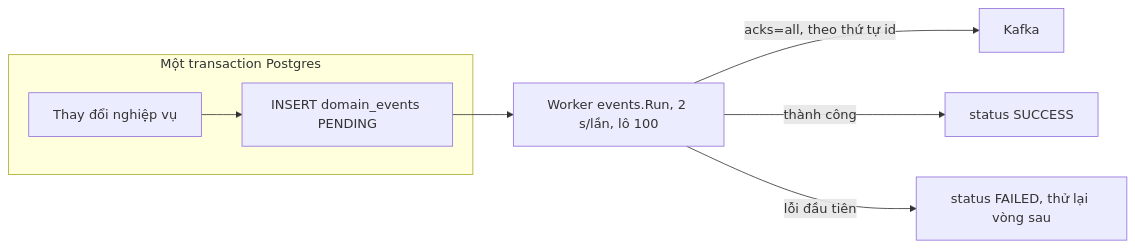
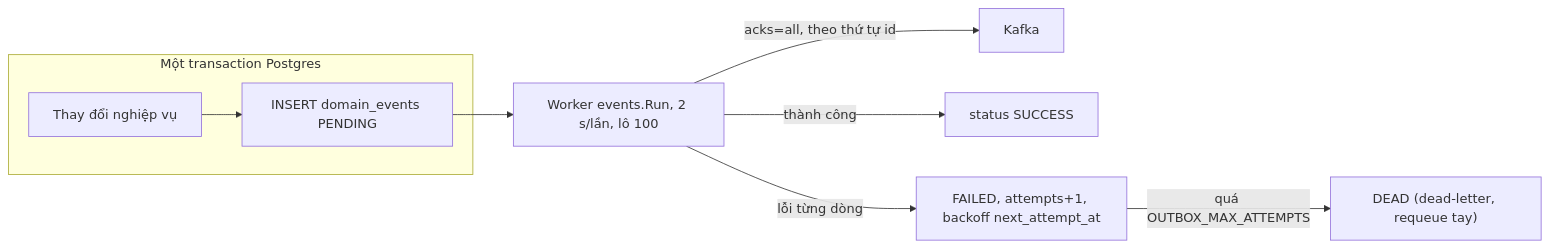
Before and after one commit to khoatran18/mini-marketplace: the seventh of 9 diagrams in docs/design/02_DATA_MODEL.md, drawn with Mermaid. The commit also changed other lines of this file and 41 other files, not shown here.

````diff
--- a/docs/design/02_DATA_MODEL.md
+++ b/docs/design/02_DATA_MODEL.md
@@ -282,12 +282,13 @@
 ```mermaid
 flowchart LR
   subgraph TX["Một transaction Postgres"]
     B["Thay đổi nghiệp vụ"]
     E["INSERT domain_events PENDING"]
   end
   B --> E
   E --> W["Worker events.Run, 2 s/lần, lô 100"]
   W -->|"acks=all, theo thứ tự id"| K["Kafka"]
   W -->|"thành công"| S["status SUCCESS"]
-  W -->|"lỗi đầu tiên"| F["status FAILED, thử lại vòng sau"]
+  W -->|"lỗi từng dòng"| F["FAILED, attempts+1, backoff next_attempt_at"]
+  F -->|"quá OUTBOX_MAX_ATTEMPTS"| D["DEAD (dead-letter, requeue tay)"]
 ```
````
